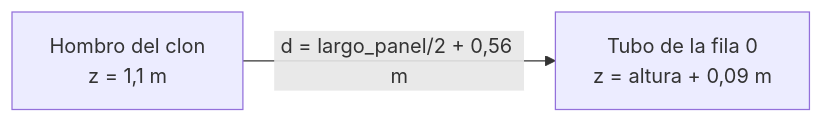
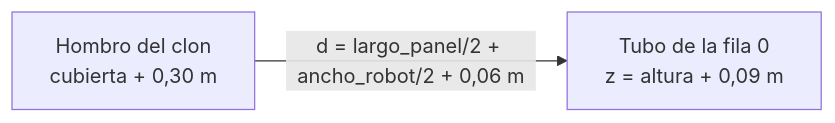
One commit to platanus-hack/platanus-hack-26-cl-team-4 changed the second of 2 diagrams in docs/agentes/seleccion-robot.md. Above: the diagram before and after it, drawn with Mermaid. The commit also changed other lines of this file and 2 other files, not shown here.

First line of the commit message:
docs(agentes): contrato v3 de la selección de robot

````diff
--- a/docs/agentes/seleccion-robot.md
+++ b/docs/agentes/seleccion-robot.md
@@ -37,4 +80,4 @@
 ```mermaid
 flowchart LR
-  B["Hombro del clon<br/>z = 1,1 m"] -->|"d = largo_panel/2 + 0,56 m"| T["Tubo de la fila 0<br/>z = altura + 0,09 m"]
+  B["Hombro del clon<br/>cubierta + 0,30 m"] -->|"d = largo_panel/2 + ancho_robot/2 + 0,06 m"| T["Tubo de la fila 0<br/>z = altura + 0,09 m"]
 ```
````
